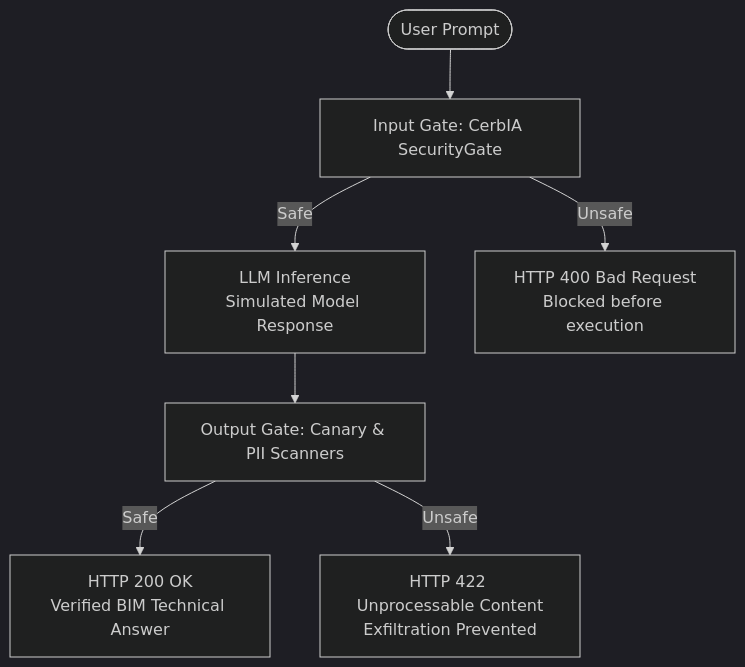
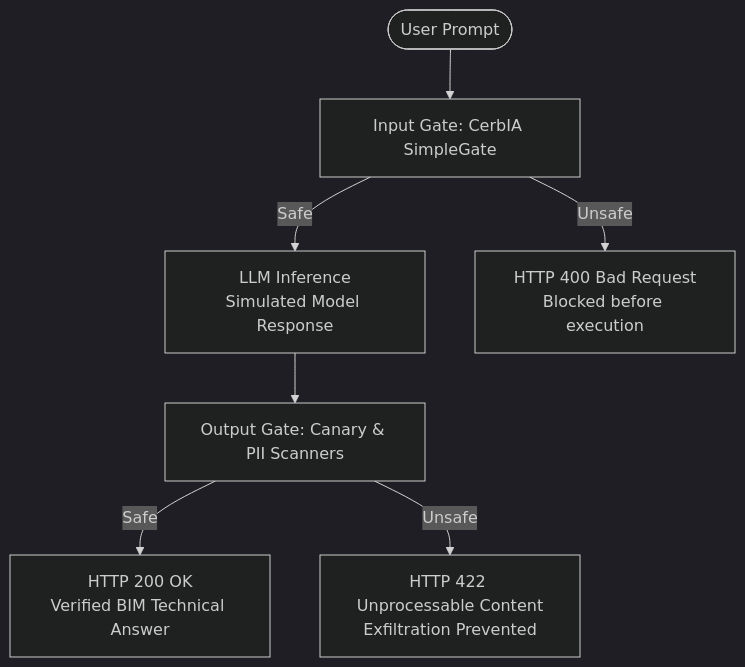
One commit to InditexTech/cerbia changed the diagram in examples/fastapi-bim-guardrail/README.md. Above: the diagram before and after it, drawn with Mermaid (dark theme). The commit also changed other lines of this file and 145 other files, not shown here.

````diff
--- a/examples/fastapi-bim-guardrail/README.md
+++ b/examples/fastapi-bim-guardrail/README.md
@@ -28,9 +28,9 @@
 ```mermaid
 flowchart TD
-    User([User Prompt]) --> InputGate[Input Gate: CerbIA SecurityGate]
+    User([User Prompt]) --> InputGate[Input Gate: CerbIA SimpleGate]
     InputGate -- Safe --> LLM[LLM Inference\nSimulated Model Response]
     InputGate -- Unsafe --> Block400[HTTP 400 Bad Request\nBlocked before execution]
     LLM --> OutputGate[Output Gate: Canary & PII Scanners]
     OutputGate -- Safe --> Response200[HTTP 200 OK\nVerified BIM Technical Answer]
     OutputGate -- Unsafe --> Block422[HTTP 422 Unprocessable Content\nExfiltration Prevented]
 ```
````
